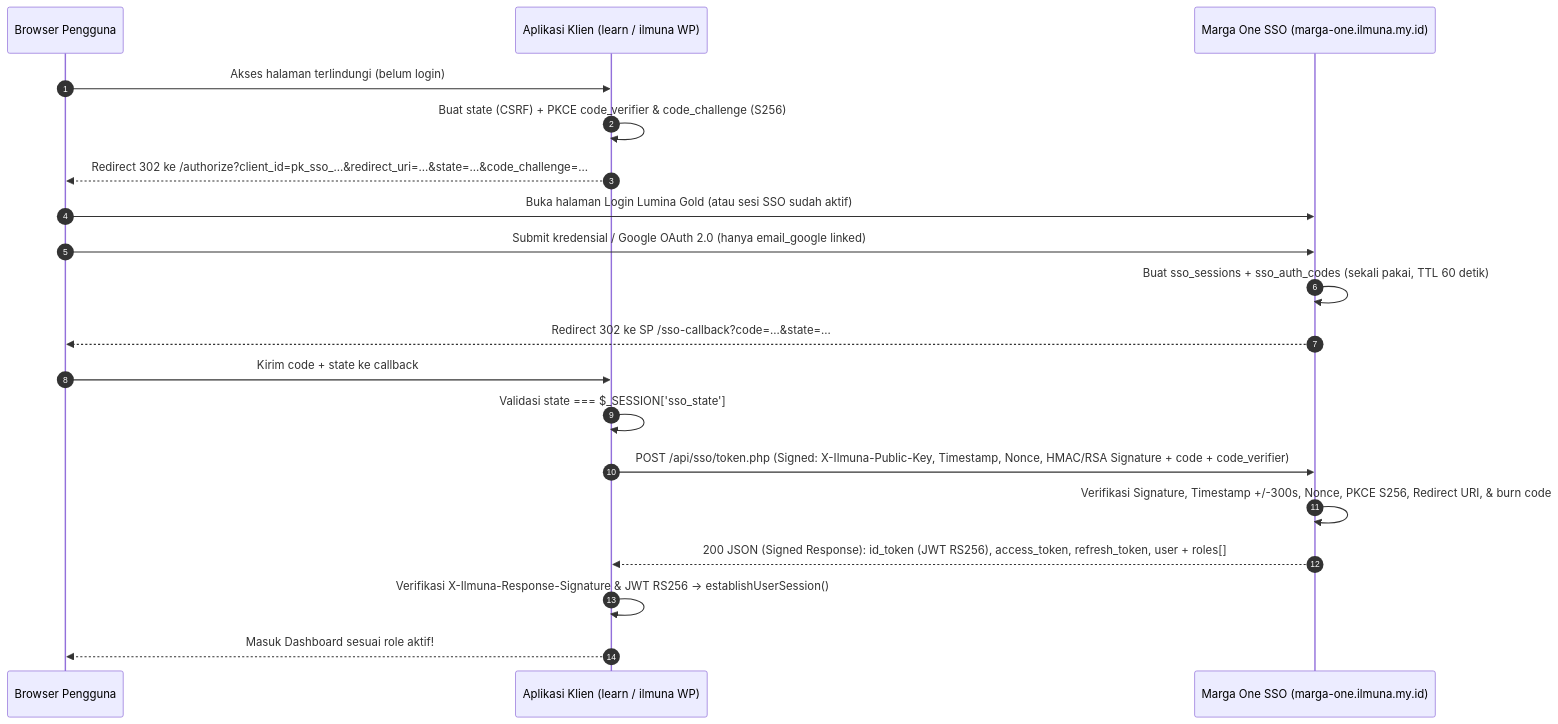
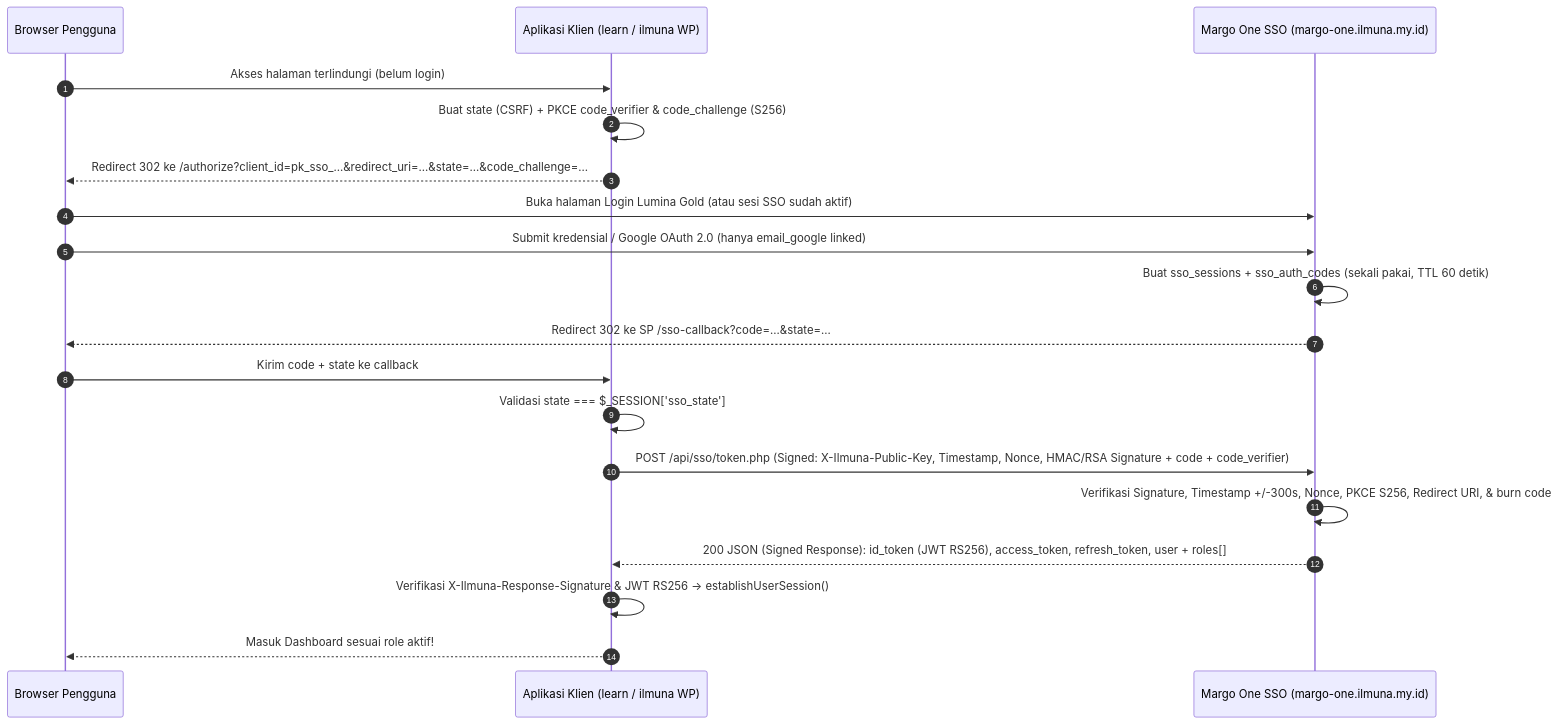
The second of 2 diagrams in SSO_BLUEPRINT.md (HACKsains/Ilmuna-Learn-Manajemen-System), drawn with Mermaid before and after one commit. The commit also changed other lines of this file and 2 other files, not shown here.

Commit message:
docs(sso): update subdomain to margo-one.ilmuna.my.id and add official Margo One logo

````diff
--- a/SSO_BLUEPRINT.md
+++ b/SSO_BLUEPRINT.md
@@ -155,22 +159,22 @@
 ```mermaid
 sequenceDiagram
     autonumber
     participant B as Browser Pengguna
     participant SP as Aplikasi Klien (learn / ilmuna WP)
-    participant SSO as Marga One SSO (marga-one.ilmuna.my.id)
+    participant SSO as Margo One SSO (margo-one.ilmuna.my.id)
 
     B->>SP: Akses halaman terlindungi (belum login)
     SP->>SP: Buat state (CSRF) + PKCE code_verifier & code_challenge (S256)
     SP-->>B: Redirect 302 ke /authorize?client_id=pk_sso_...&redirect_uri=...&state=...&code_challenge=...
     B->>SSO: Buka halaman Login Lumina Gold (atau sesi SSO sudah aktif)
     B->>SSO: Submit kredensial / Google OAuth 2.0 (hanya email_google linked)
     SSO->>SSO: Buat sso_sessions + sso_auth_codes (sekali pakai, TTL 60 detik)
     SSO-->>B: Redirect 302 ke SP /sso-callback?code=...&state=...
     B->>SP: Kirim code + state ke callback
     SP->>SP: Validasi state === $_SESSION['sso_state']
     SP->>SSO: POST /api/sso/token.php (Signed: X-Ilmuna-Public-Key, Timestamp, Nonce, HMAC/RSA Signature + code + code_verifier)
     SSO->>SSO: Verifikasi Signature, Timestamp +/-300s, Nonce, PKCE S256, Redirect URI, & burn code
     SSO-->>SP: 200 JSON (Signed Response): id_token (JWT RS256), access_token, refresh_token, user + roles[]
     SP->>SP: Verifikasi X-Ilmuna-Response-Signature & JWT RS256 -> establishUserSession()
     SP-->>B: Masuk Dashboard sesuai role aktif!
 ```
````
